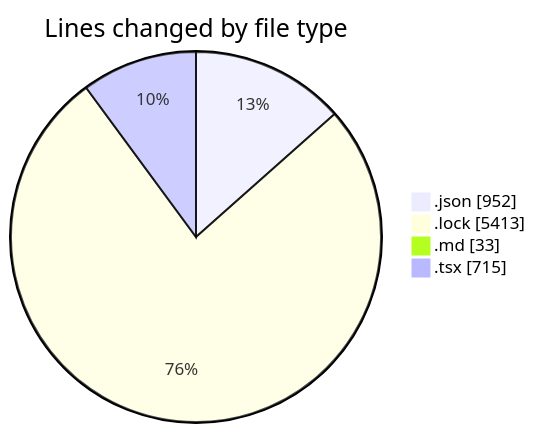
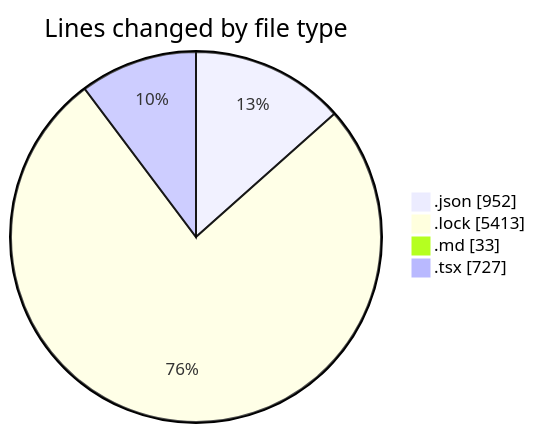
One commit to EIIisD/code-tracking changed the first of 2 diagrams in 2025-08-11/ribbon/README.md. Above: the diagram before and after it, drawn with Mermaid. The commit also changed other lines of this file and 1 other file, not shown here.

````diff
--- a/2025-08-11/ribbon/README.md
+++ b/2025-08-11/ribbon/README.md
@@ -34,8 +34,8 @@
 ```mermaid
 pie showData
 title Lines changed by file type
 ".json" : 952
 ".lock" : 5413
 ".md" : 33
-".tsx" : 715
+".tsx" : 727
 ```
````
